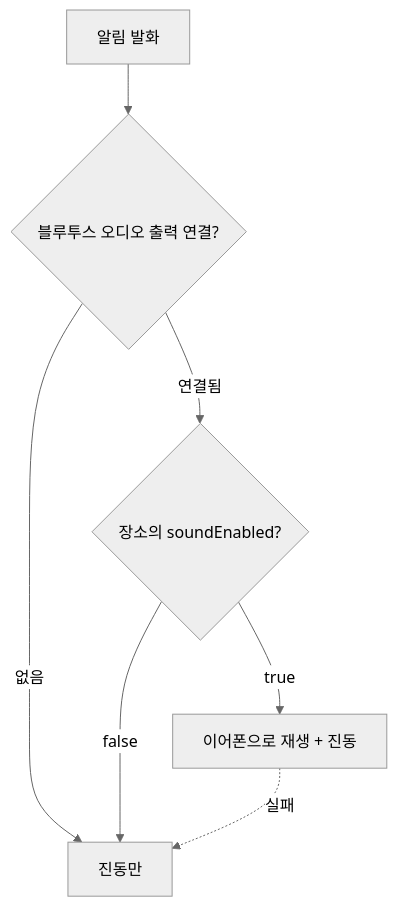
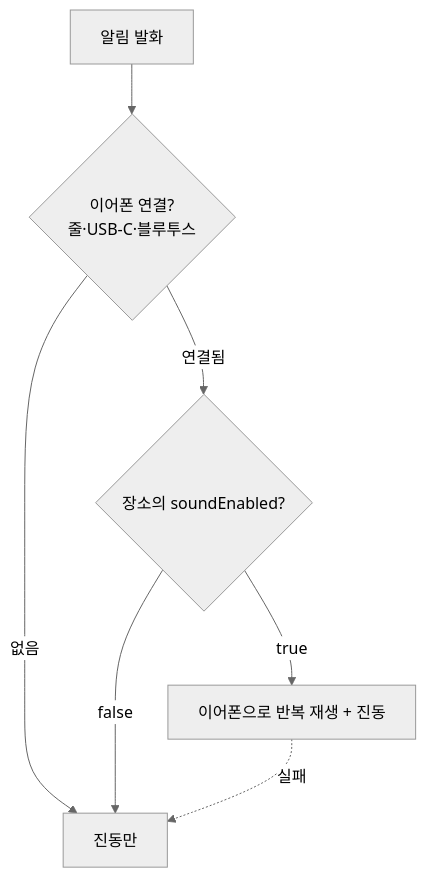
One commit to Cassiiopeia/EarLocAlert changed the second of 2 diagrams in docs/03-DOMAIN.md. Above: the diagram before and after it, drawn with Mermaid (neutral theme). The commit also changed other lines of this file and 49 other files, not shown here.

````diff
--- a/docs/03-DOMAIN.md
+++ b/docs/03-DOMAIN.md
@@ -133,9 +133,9 @@
 ```mermaid
 flowchart TD
-    A[알림 발화] --> B{블루투스 오디오 출력 연결?}
+    A[알림 발화] --> B{이어폰 연결?<br/>줄·USB-C·블루투스}
     B -->|연결됨| C{장소의 soundEnabled?}
     B -->|없음| D[진동만]
-    C -->|true| E[이어폰으로 재생 + 진동]
+    C -->|true| E[이어폰으로 반복 재생 + 진동]
     C -->|false| D
     E -.실패.-> D
 ```
````
